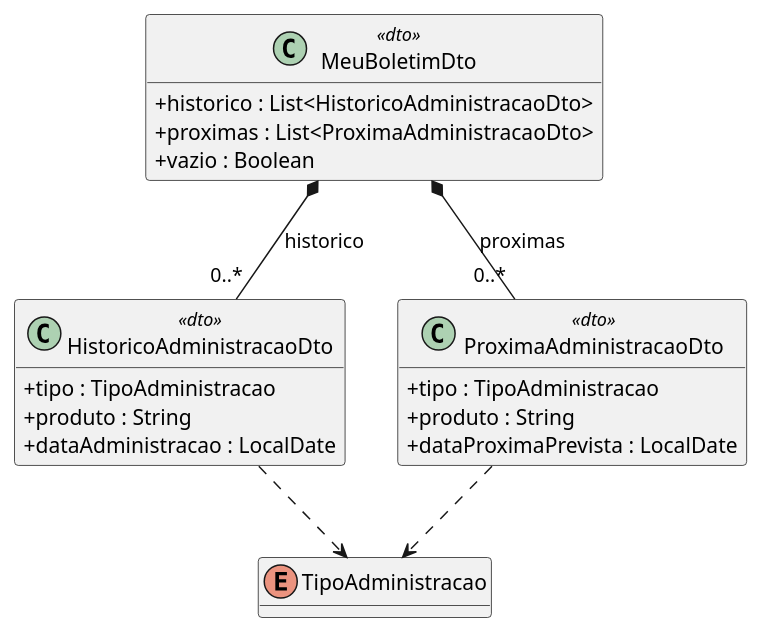
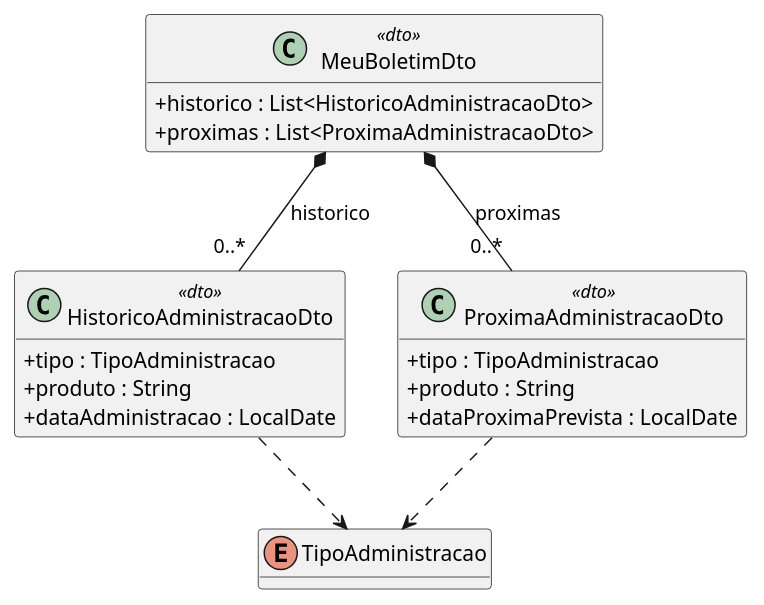
Before and after one commit to LEI-LDS-2026-2027-G08/LEI-Grupo-de-LDS-UTPORTO: the eighth of 10 diagrams in 04-artefactos-tecnicos/04.07-modelos-de-classes/m3-modelo-classes-frontend-mobile-v02.md, drawn with PlantUML. The commit also changed other lines of this file, not shown here.

First line of the commit message:
Modelo de classes mobile v02: retira o campo derivado vazio do MeuBoletimDto

````diff
--- a/04-artefactos-tecnicos/04.07-modelos-de-classes/m3-modelo-classes-frontend-mobile-v02.md
+++ b/04-artefactos-tecnicos/04.07-modelos-de-classes/m3-modelo-classes-frontend-mobile-v02.md
@@ -800,31 +800,30 @@
 ```plantuml {kroki=true}
 @startuml
 skinparam classAttributeIconSize 0
 hide empty methods
 
 enum TipoAdministracao
 
 class HistoricoAdministracaoDto <<dto>> {
   + tipo : TipoAdministracao
   + produto : String
   + dataAdministracao : LocalDate
 }
 
 class ProximaAdministracaoDto <<dto>> {
   + tipo : TipoAdministracao
   + produto : String
   + dataProximaPrevista : LocalDate
 }
 
 class MeuBoletimDto <<dto>> {
   + historico : List<HistoricoAdministracaoDto>
   + proximas : List<ProximaAdministracaoDto>
-  + vazio : Boolean
 }
 
 MeuBoletimDto *-- "0..*" HistoricoAdministracaoDto : historico
 MeuBoletimDto *-- "0..*" ProximaAdministracaoDto : proximas
 HistoricoAdministracaoDto ..> TipoAdministracao
 ProximaAdministracaoDto ..> TipoAdministracao
 @enduml
 ```
````
